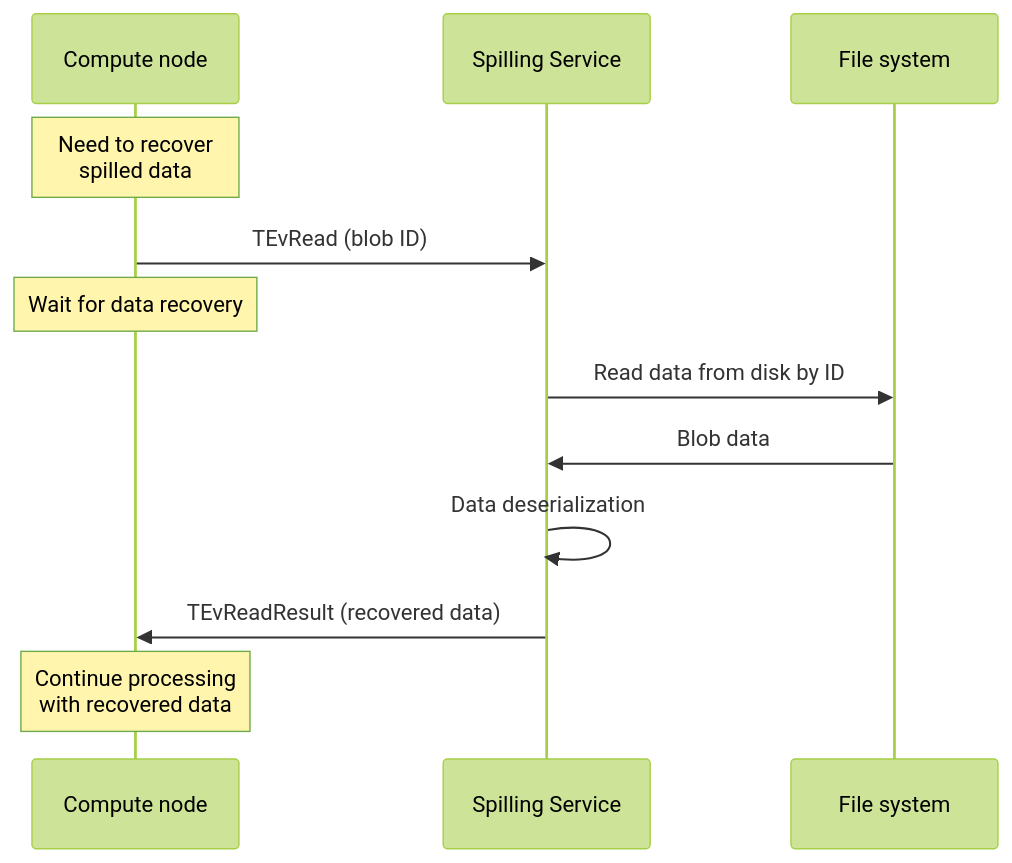
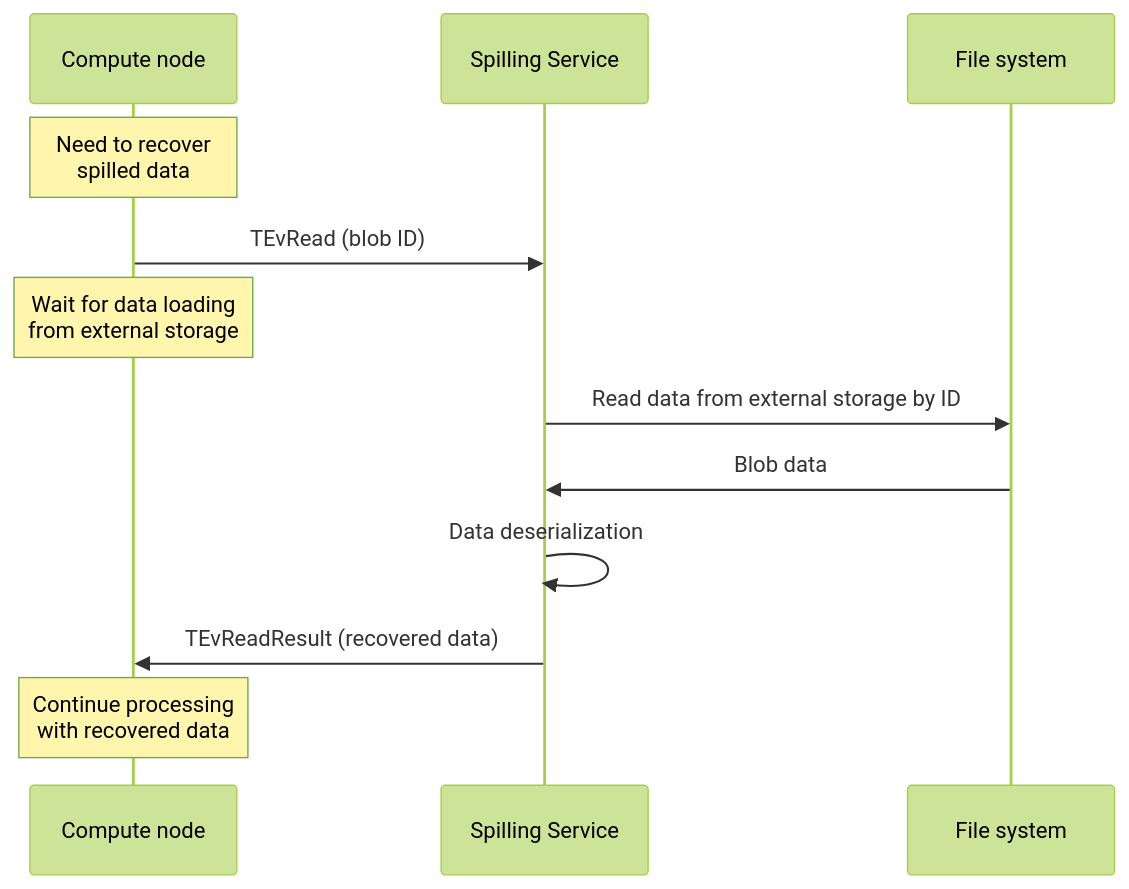
Before and after one commit to ydb-platform/ydb: the second of 2 diagrams in ydb/docs/en/core/concepts/spilling.md, drawn with Mermaid (forest theme). The commit also changed other lines of this file and 1 other file, not shown here.

````diff
--- a/ydb/docs/en/core/concepts/spilling.md
+++ b/ydb/docs/en/core/concepts/spilling.md
@@ -112,15 +112,15 @@
 ```mermaid
 sequenceDiagram
     participant CN as Compute node
     participant SS as Spilling Service
     participant FS as File system
 
     Note over CN: Need to recover<br/>spilled data
     CN->>SS: TEvRead (blob ID)
-    Note over CN: Wait for data recovery
-    SS->>FS: Read data from disk by ID
+    Note over CN: Wait for data loading<br/>from external storage
+    SS->>FS: Read data from external storage by ID
     FS->>SS: Blob data
     SS->>SS: Data deserialization
     SS->>CN: TEvReadResult (recovered data)
     Note over CN: Continue processing<br/>with recovered data
 ```
````
